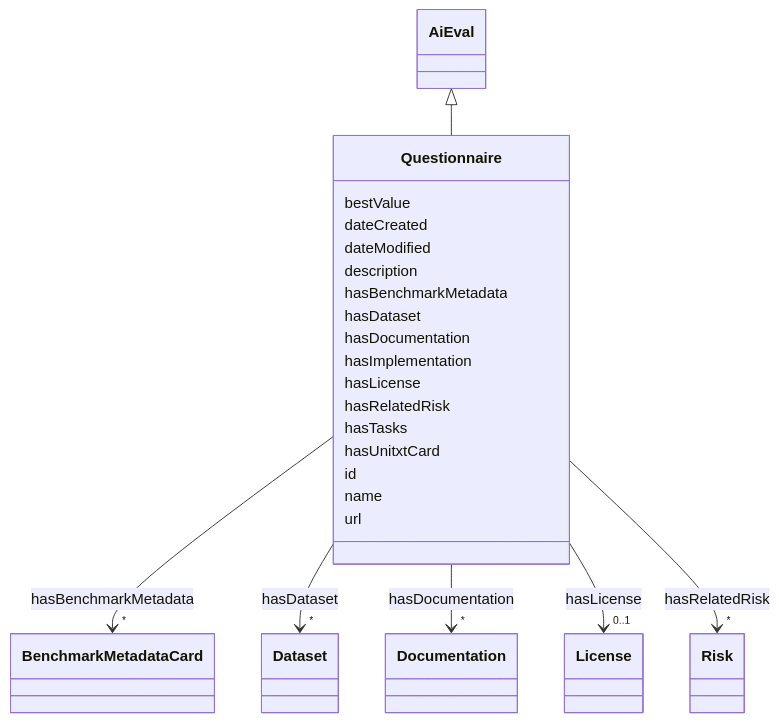
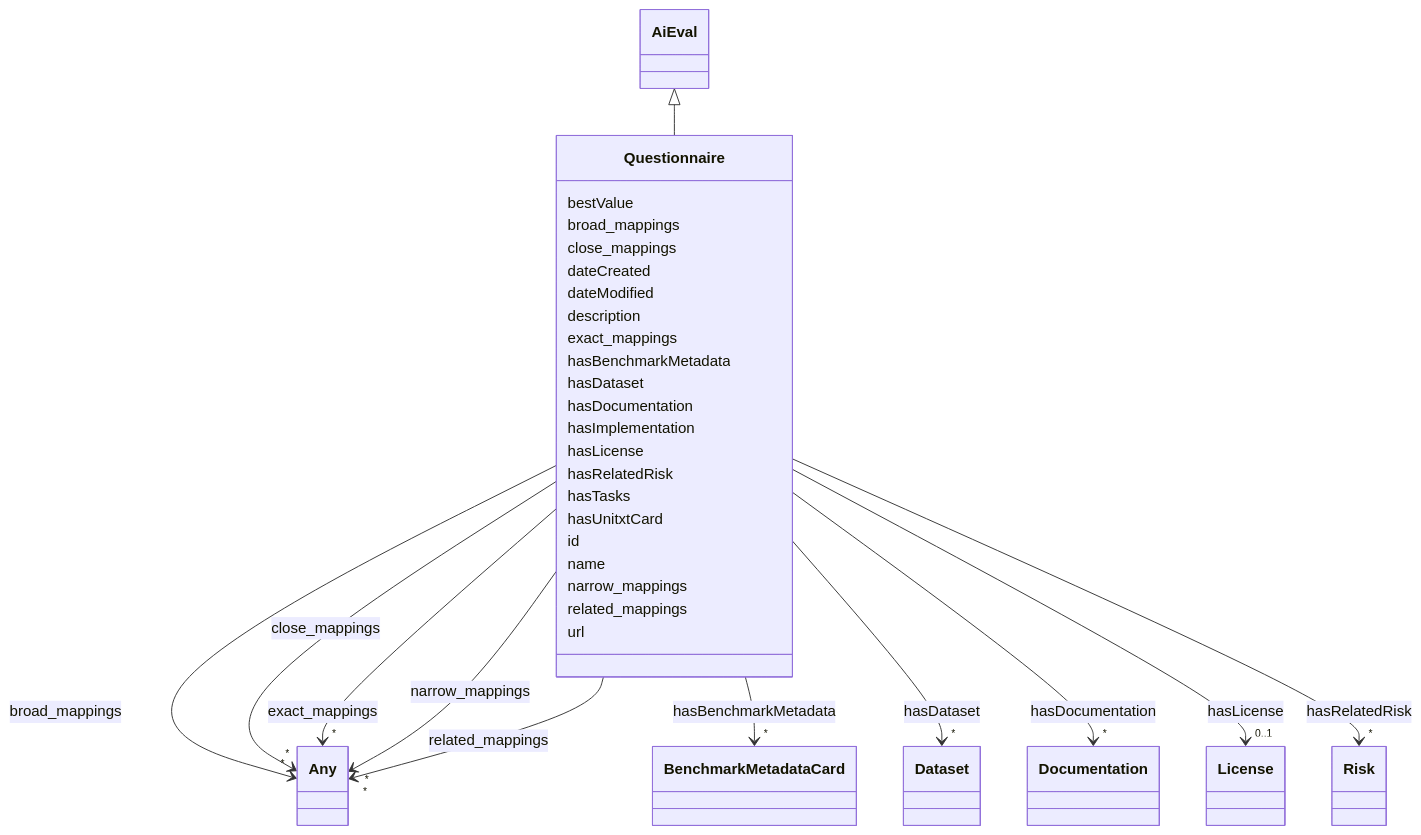
One commit to ingelise/risk-atlas-nexus changed the diagram in docs/ontology/Questionnaire.md. Above: the diagram before and after it, drawn with Mermaid. The commit also changed other lines of this file and 180 other files, not shown here.

```diff
--- a/docs/ontology/Questionnaire.md
+++ b/docs/ontology/Questionnaire.md
@@ -24,11 +24,44 @@
 
       Questionnaire : bestValue
 
+      Questionnaire : broad_mappings
+
+
+
+
+
+        Questionnaire --> "*" Any : broad_mappings
+        click Any href "../Any/"
+
+
+
+      Questionnaire : close_mappings
+
+
+
+
+
+        Questionnaire --> "*" Any : close_mappings
+        click Any href "../Any/"
+
+
+
       Questionnaire : dateCreated
 
       Questionnaire : dateModified
 
       Questionnaire : description
+
+      Questionnaire : exact_mappings
+
+
+
+
+
+        Questionnaire --> "*" Any : exact_mappings
+        click Any href "../Any/"
+
+
 
       Questionnaire : hasBenchmarkMetadata
 
@@ -95,6 +128,28 @@
 
       Questionnaire : name
 
+      Questionnaire : narrow_mappings
+
+
+
+
+
+        Questionnaire --> "*" Any : narrow_mappings
+        click Any href "../Any/"
+
+
+
+      Questionnaire : related_mappings
+
+
+
+
+
+        Questionnaire --> "*" Any : related_mappings
+        click Any href "../Any/"
+
+
+
       Questionnaire : url
 
 
```
